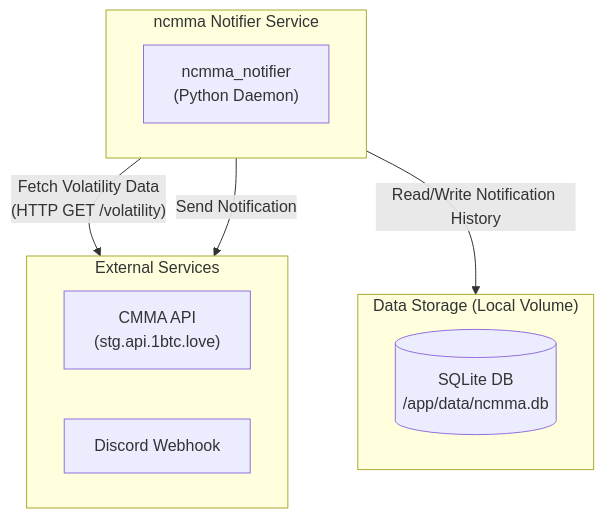
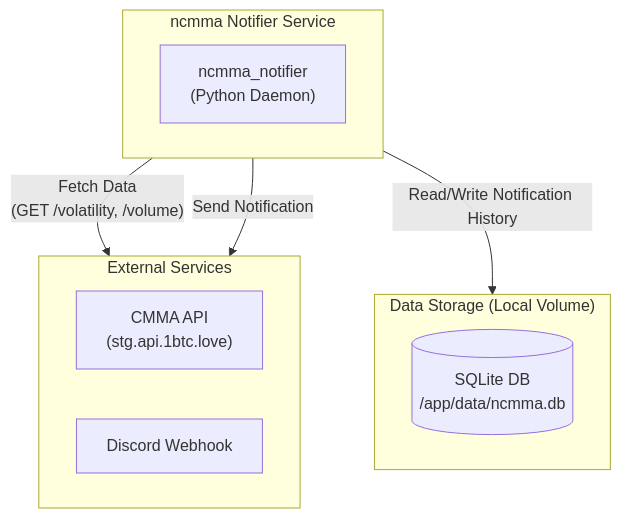
The diagram in README.md (deg-labs/ncmma), drawn with Mermaid before and after one commit. The commit also changed other lines of this file and 2 other files, not shown here.

````diff
--- a/README.md
+++ b/README.md
@@ -90,23 +93,23 @@
 ```mermaid
 graph TD
     subgraph "ncmma Notifier Service"
         direction LR
         NcmmaNotifier["ncmma_notifier <br> (Python Daemon)"]
     end
 
     subgraph "Data Storage (Local Volume)"
          direction LR
         NcmmaDB[("SQLite DB <br> /app/data/ncmma.db")]
     end
 
     subgraph "External Services"
          direction LR
         CmmaAPI["CMMA API <br> (stg.api.1btc.love)"]
         Discord["Discord Webhook"]
     end
 
     %% Data Flow
-    NcmmaNotifier -- "Fetch Volatility Data <br> (HTTP GET /volatility)" --> CmmaAPI
+    NcmmaNotifier -- "Fetch Data <br> (GET /volatility, /volume)" --> CmmaAPI
     NcmmaNotifier -- "Read/Write Notification History" --> NcmmaDB
     NcmmaNotifier -- "Send Notification" --> Discord
 ```
````
